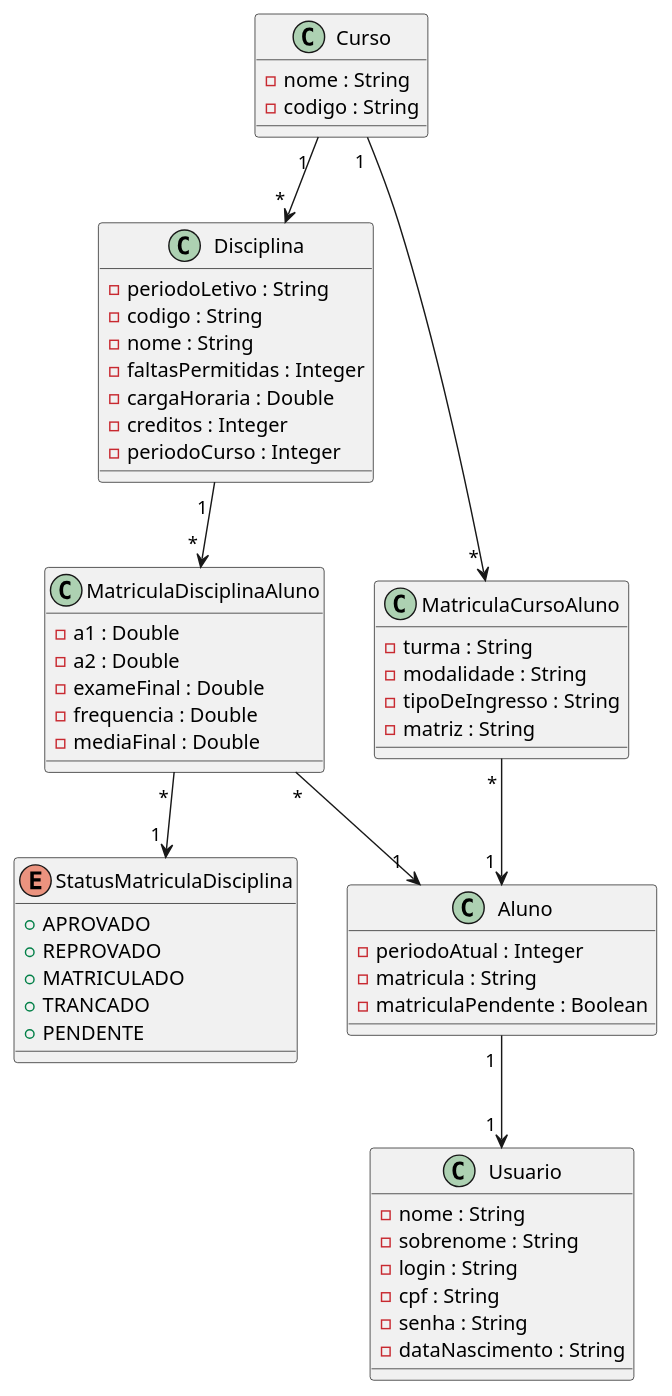
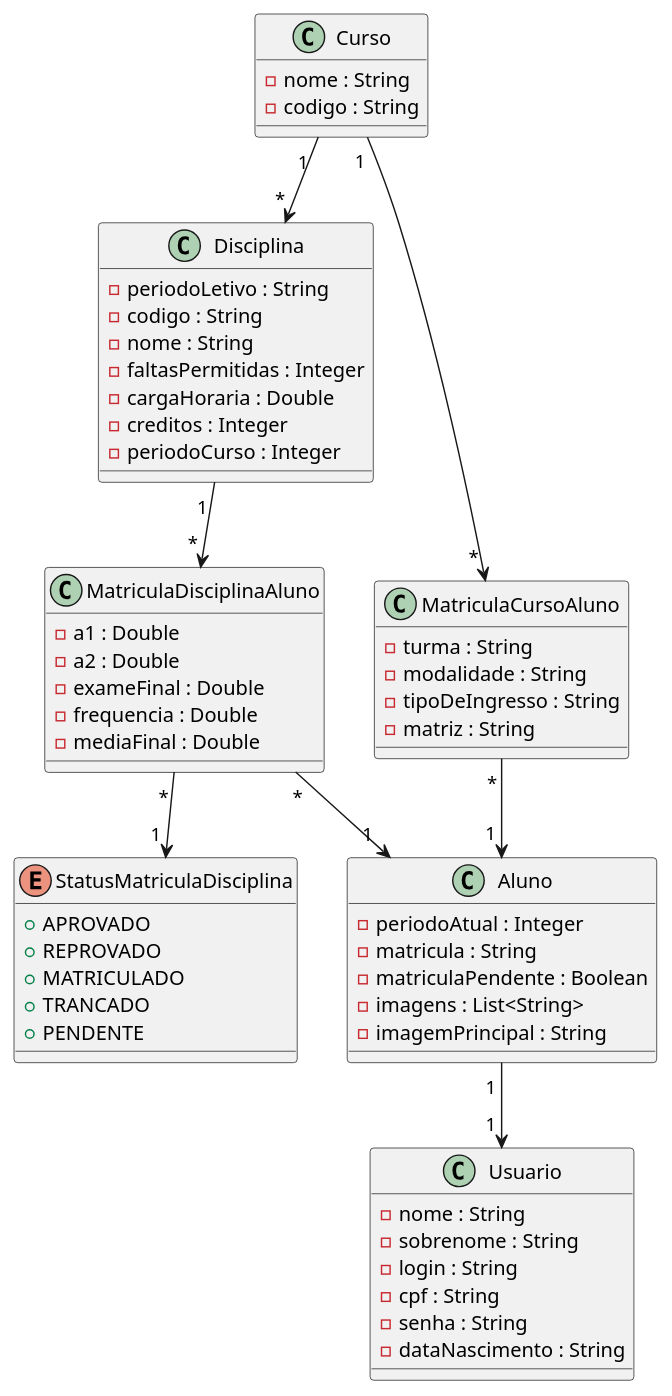
The diagram in others/diagramaAcademico.plantuml (bealfredo/tp-floricultura-quarkus), drawn with PlantUML before and after one commit. The commit also changed 16 other files, not shown here.

```diff
--- a/others/diagramaAcademico.plantuml
+++ b/others/diagramaAcademico.plantuml
@@ -1,69 +1,71 @@
 @startuml TrabalhoTopicos
 
 class Usuario {
   - nome : String
   - sobrenome : String
   - login : String
   - cpf : String
   - senha : String
   - dataNascimento : String
 }
 
 class Aluno {
   - periodoAtual : Integer
   - matricula : String
   - matriculaPendente : Boolean
+  - imagens : List<String>
+  - imagemPrincipal : String
 }
 
 Aluno " 1 " --> " 1 " Usuario
 
 class Curso {
   - nome : String
   - codigo : String
 }
 
 Curso " 1 " --> " * " Disciplina
 Curso " 1 " --> " * " MatriculaCursoAluno 
 
 class Disciplina {
   - periodoLetivo : String
   - codigo : String
   - nome : String
   - faltasPermitidas : Integer
   - cargaHoraria : Double
   - creditos : Integer
   - periodoCurso : Integer
 }
 
 Disciplina " 1 " --> " * " MatriculaDisciplinaAluno 
 
 
 class MatriculaCursoAluno {
   - turma : String
   - modalidade : String
   - tipoDeIngresso : String
   - matriz : String
 }
 
 MatriculaCursoAluno " * " --> " 1 " Aluno
 
 class MatriculaDisciplinaAluno {
   - a1 : Double
   - a2 : Double
   - exameFinal : Double
   - frequencia : Double
   - mediaFinal : Double
 }
 
 MatriculaDisciplinaAluno " * " --> " 1 " Aluno
 MatriculaDisciplinaAluno " * " --> " 1 " StatusMatriculaDisciplina
 
 Enum StatusMatriculaDisciplina {
   + APROVADO
   + REPROVADO
   + MATRICULADO
   + TRANCADO
   + PENDENTE
 }
 
 @enduml
```
